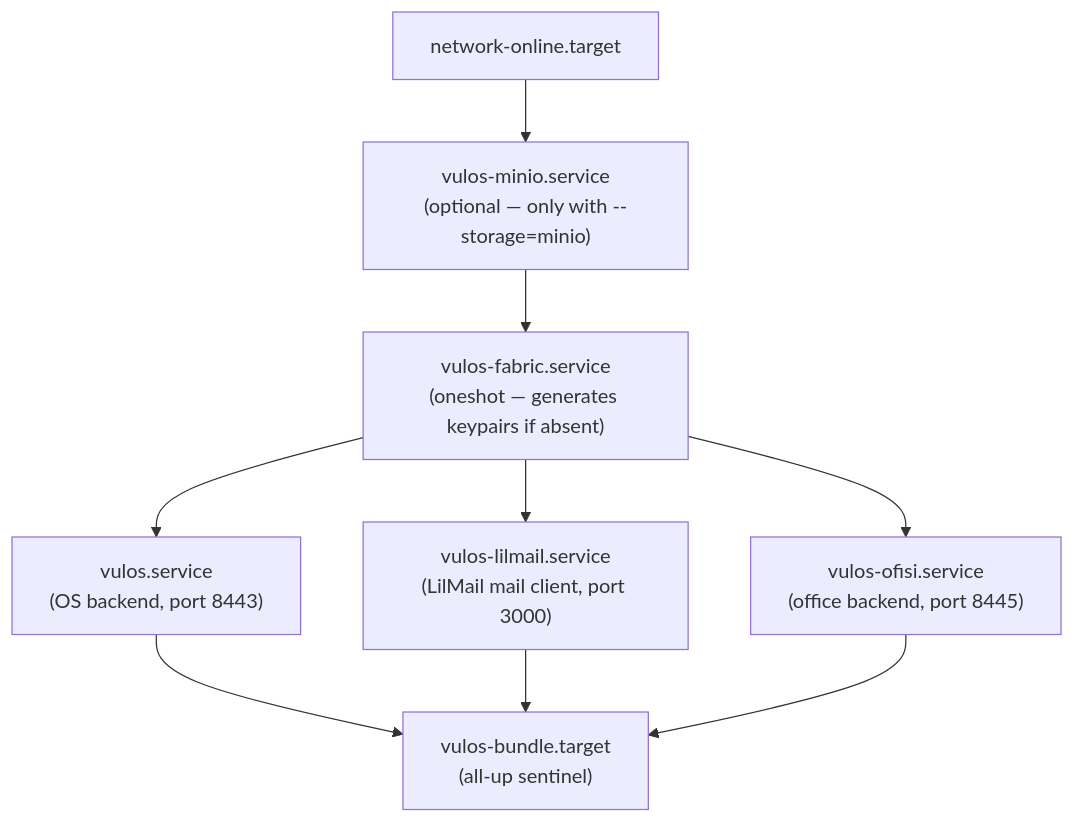
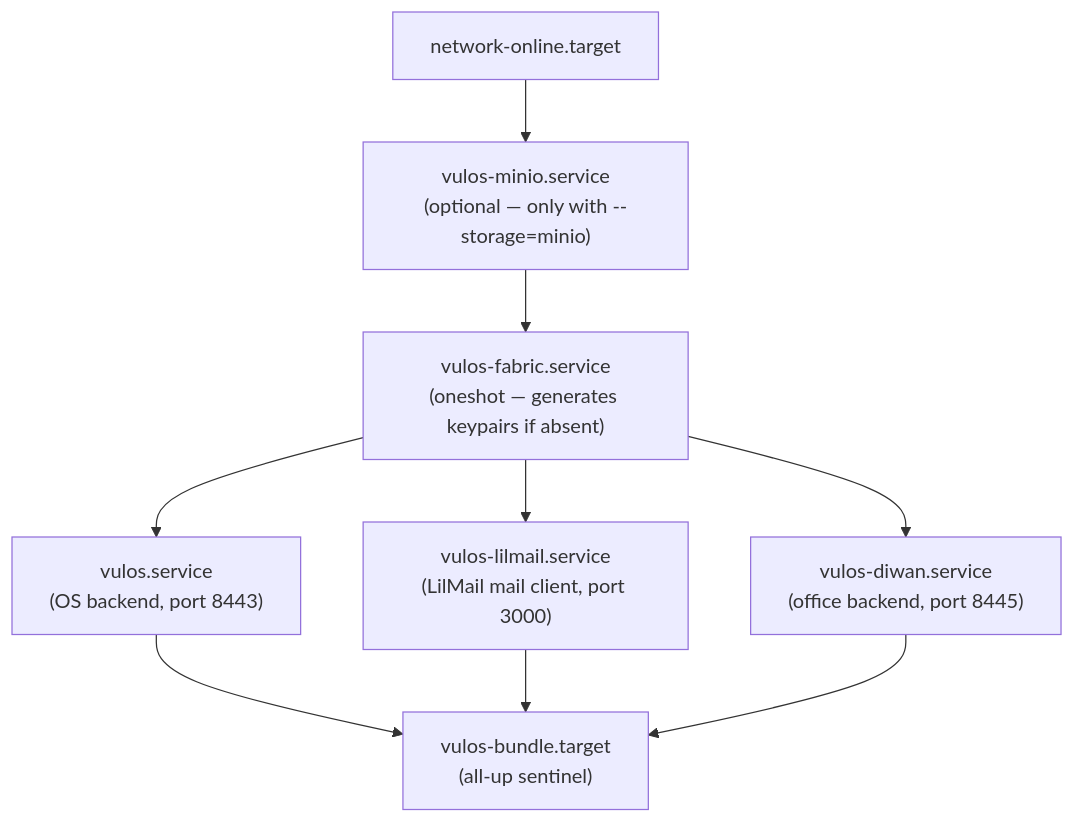
The diagram in docs/SELF-HOST-BUNDLE.md (vul-os/vulos), drawn with Mermaid before and after one commit. The commit also changed other lines of this file and 47 other files, not shown here.

````diff
--- a/docs/SELF-HOST-BUNDLE.md
+++ b/docs/SELF-HOST-BUNDLE.md
@@ -222,18 +222,18 @@
 ```mermaid
 flowchart TD
     Net["network-online.target"]
     Minio["vulos-minio.service<br/>(optional — only with --storage=minio)"]
     Fabric["vulos-fabric.service<br/>(oneshot — generates keypairs if absent)"]
     OS["vulos.service<br/>(OS backend, port 8443)"]
     Mail["vulos-lilmail.service<br/>(LilMail mail client, port 3000)"]
-    Office["vulos-ofisi.service<br/>(office backend, port 8445)"]
+    Office["vulos-diwan.service<br/>(office backend, port 8445)"]
     Bundle["vulos-bundle.target<br/>(all-up sentinel)"]
 
     Net --> Minio --> Fabric
     Fabric --> OS
     Fabric --> Mail
     Fabric --> Office
     OS --> Bundle
     Mail --> Bundle
     Office --> Bundle
 ```
````
